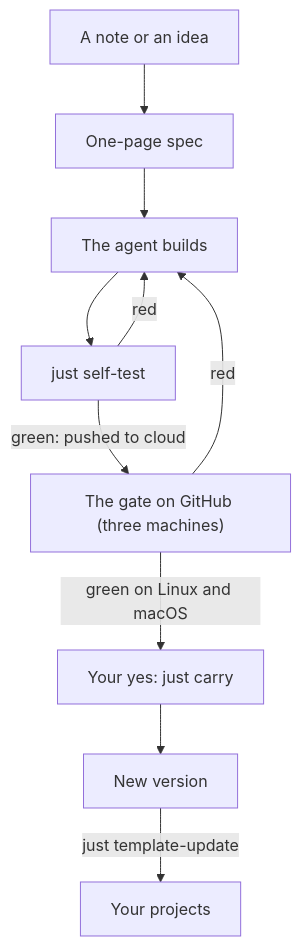
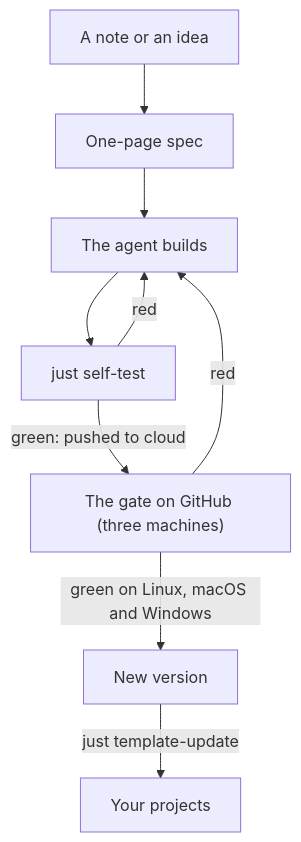
Before and after one commit to yerlytech/ai-backbone: the second of 2 diagrams in docs/how-it-works.md, drawn with Mermaid. The commit also changed other lines of this file and 25 other files, not shown here.

Commit message:
feat: backbone notes batch 2: Linux sweep without launchd, unattended carry when three OSs are green with the gate identity from Actions variables, Mac/cloud/main sync, delegate fixes (MCP for one run, cargo fetch, hooks restored, timeout in minutes, opencode --standalone)

````diff
--- a/docs/how-it-works.md
+++ b/docs/how-it-works.md
@@ -94,20 +93,19 @@
 ```mermaid
 flowchart TD
     idea["A note or an idea"]
     spec["One-page spec"]
     build["The agent builds"]
     test["just self-test"]
     gate["The gate on GitHub (three machines)"]
     ver["New version"]
     projs["Your projects"]
 
     idea --> spec
     spec --> build
     build --> test
     test -->|"red"| build
     test -->|"green: pushed to cloud"| gate
     gate -->|"red"| build
-    gate -->|"green on Linux and macOS"| yes
-    yes["Your yes: just carry"] --> ver
+    gate -->|"green on Linux, macOS and Windows"| ver
     ver -->|"just template-update"| projs
 ```
````
